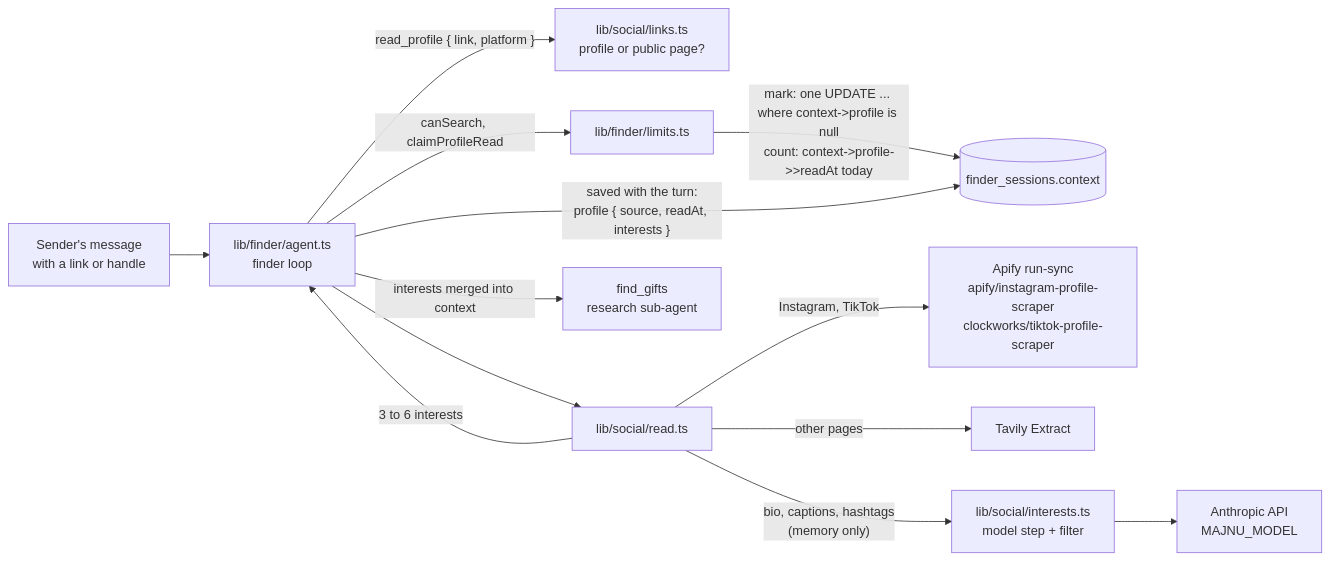
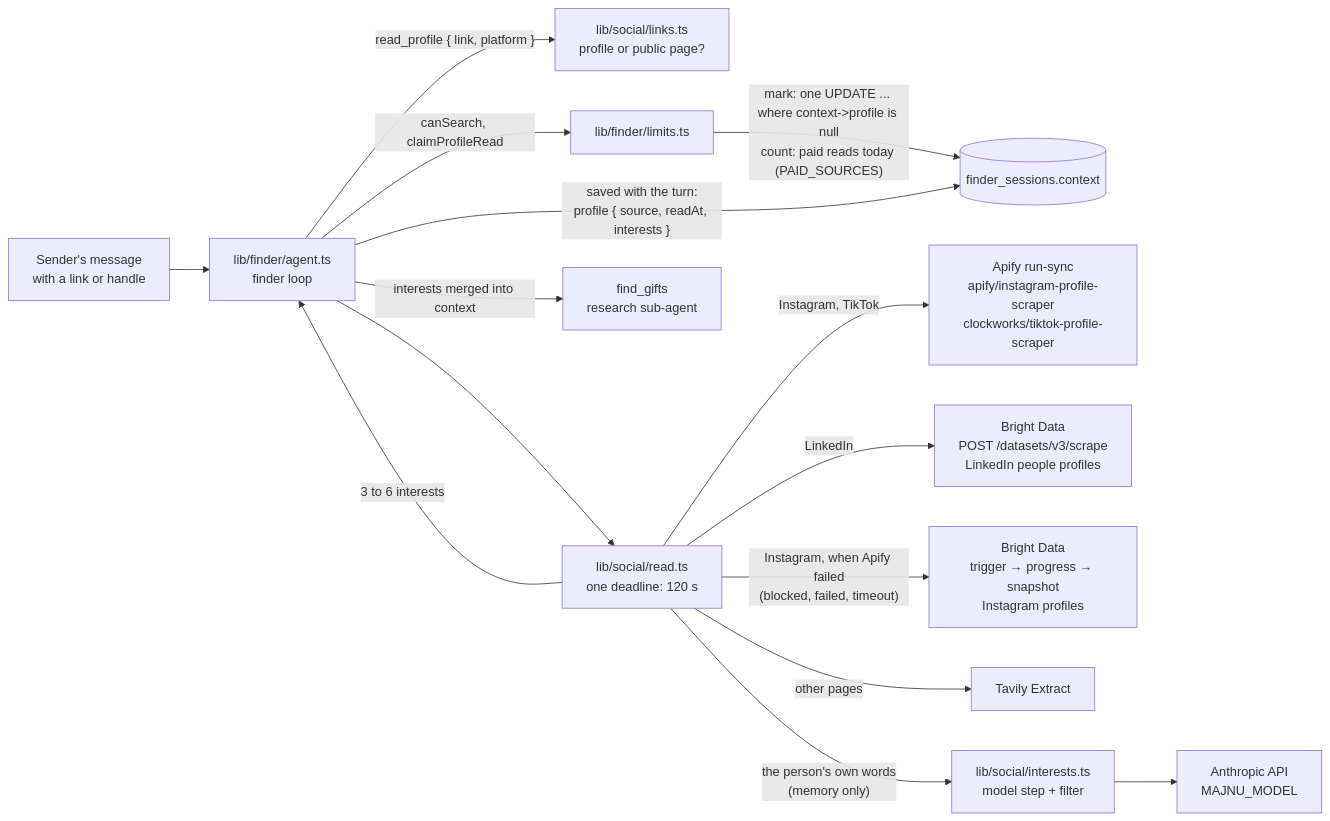
Before and after one commit to peresramirez/majnu: the diagram in docs/features/social-profiles.md, drawn with Mermaid. The commit also changed other lines of this file and 6 other files, not shown here.

First line of the commit message:
Name Bright Data in the privacy policy, setup and feature docs

````diff
--- a/docs/features/social-profiles.md
+++ b/docs/features/social-profiles.md
@@ -11,15 +11,17 @@
 ```mermaid
 flowchart LR
   V[Sender's message<br/>with a link or handle] --> F[lib/finder/agent.ts<br/>finder loop]
   F -- "read_profile { link, platform }" --> L[lib/social/links.ts<br/>profile or public page?]
   F -- "canSearch, claimProfileRead" --> LM[lib/finder/limits.ts]
-  LM -- "mark: one UPDATE ... where context->profile is null<br/>count: context->profile->>readAt today" --> FS[(finder_sessions.context)]
-  F --> R[lib/social/read.ts]
+  LM -- "mark: one UPDATE ... where context->profile is null<br/>count: paid reads today (PAID_SOURCES)" --> FS[(finder_sessions.context)]
+  F --> R[lib/social/read.ts<br/>one deadline: 120 s]
   R -- "Instagram, TikTok" --> AP[Apify run-sync<br/>apify/instagram-profile-scraper<br/>clockworks/tiktok-profile-scraper]
+  R -- "LinkedIn" --> BDS[Bright Data<br/>POST /datasets/v3/scrape<br/>LinkedIn people profiles]
+  R -- "Instagram, when Apify failed<br/>(blocked, failed, timeout)" --> BDA[Bright Data<br/>trigger → progress → snapshot<br/>Instagram profiles]
   R -- "other pages" --> TX[Tavily Extract]
-  R -- "bio, captions, hashtags<br/>(memory only)" --> I[lib/social/interests.ts<br/>model step + filter]
+  R -- "the person's own words<br/>(memory only)" --> I[lib/social/interests.ts<br/>model step + filter]
   I --> M[Anthropic API<br/>MAJNU_MODEL]
   R -- "3 to 6 interests" --> F
   F -- "interests merged into context" --> FG[find_gifts<br/>research sub-agent]
   F -- "saved with the turn:<br/>profile { source, readAt, interests }" --> FS
 ```
````
